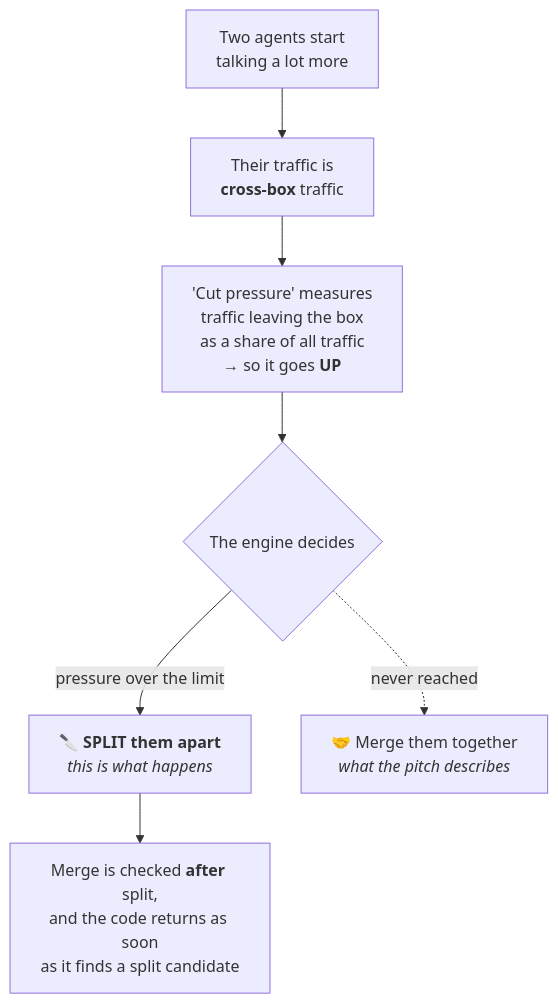
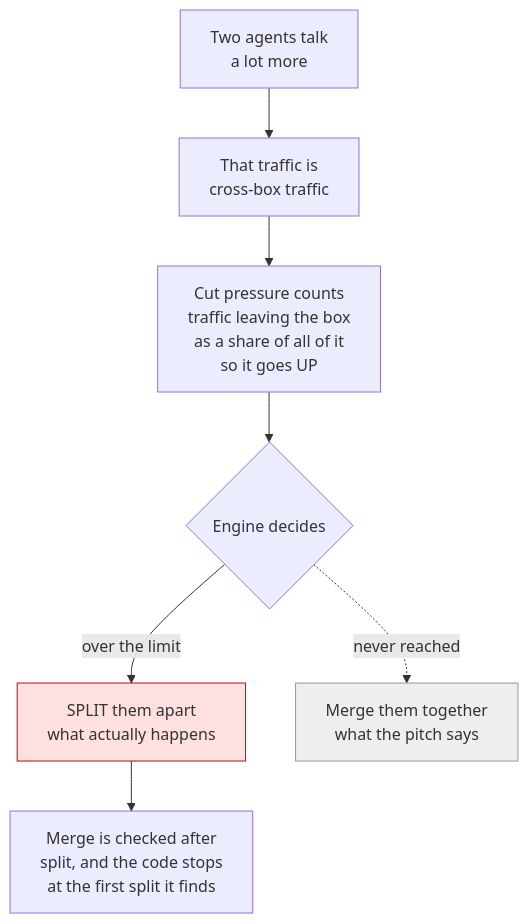
Before and after one commit to mondweep/vibe-cast: the fifth of 9 diagrams in README.md, drawn with Mermaid. The commit also changed other lines of this file, not shown here.

First line of the commit message:
Fix unreadable mermaid diagrams on GitHub

````diff
--- a/README.md
+++ b/README.md
@@ -234,9 +251,13 @@
 ```mermaid
 flowchart TB
-    START["Two agents start<br/>talking a lot more"] --> P["Their traffic is<br/><b>cross-box</b> traffic"]
-    P --> PRESSURE["'Cut pressure' measures<br/>traffic leaving the box<br/>as a share of all traffic<br/>→ so it goes <b>UP</b>"]
-    PRESSURE --> DEC{"The engine decides"}
-    DEC -->|"pressure over the limit"| SPLIT["🔪 <b>SPLIT them apart</b><br/><i>this is what happens</i>"]
-    DEC -.->|"never reached"| MERGE["🤝 Merge them together<br/><i>what the pitch describes</i>"]
-    SPLIT --> WHY["Merge is checked <b>after</b> split,<br/>and the code returns as soon<br/>as it finds a split candidate"]
+    START["Two agents talk<br/>a lot more"]
+    P["That traffic is<br/>cross-box traffic"]
+    PRESSURE["Cut pressure counts<br/>traffic leaving the box<br/>as a share of all of it<br/>so it goes UP"]
+    START --> P --> PRESSURE
+    PRESSURE --> DEC{"Engine decides"}
+    DEC -->|"over the limit"| SPLIT["SPLIT them apart<br/>what actually happens"]
+    DEC -.->|"never reached"| MERGE["Merge them together<br/>what the pitch says"]
+    SPLIT --> WHY["Merge is checked after<br/>split, and the code stops<br/>at the first split it finds"]
+    style SPLIT fill:#ffe0e0,stroke:#c00
+    style MERGE fill:#eeeeee,stroke:#999
 ```
````
